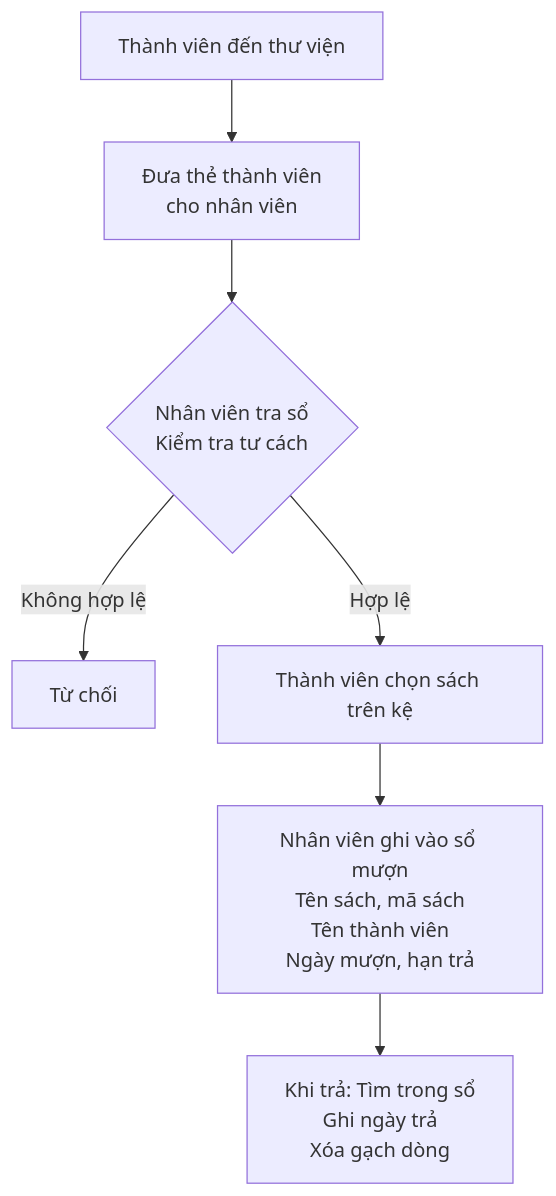
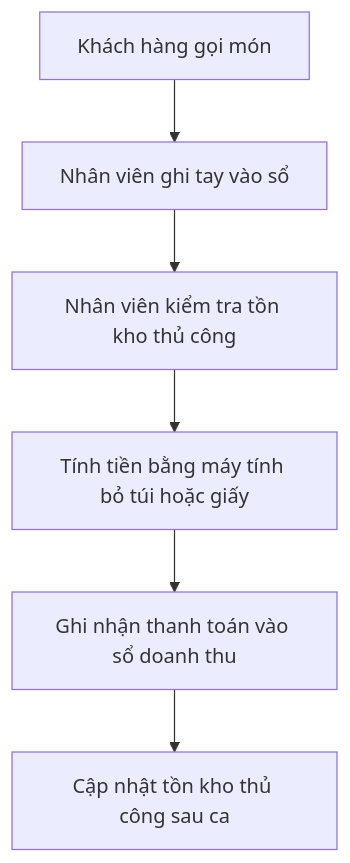
The second of 3 diagrams in docs/BRD-yeu-cau-nghiep-vu.md (NamHoang2003/stqa-library-manual-Hnam), drawn with Mermaid before and after one commit. The commit also changed other lines of this file, not shown here.

````diff
--- a/docs/BRD-yeu-cau-nghiep-vu.md
+++ b/docs/BRD-yeu-cau-nghiep-vu.md
@@ -83,9 +84,8 @@
 ```mermaid
 flowchart TD
-    A["Thành viên đến thư viện"] --> B["Đưa thẻ thành viên\ncho nhân viên"]
-    B --> C{"Nhân viên tra sổ\nKiểm tra tư cách"}
-    C -->|Không hợp lệ| D["Từ chối"]
-    C -->|Hợp lệ| E["Thành viên chọn sách trên kệ"]
-    E --> F["Nhân viên ghi vào sổ mượn\nTên sách, mã sách\nTên thành viên\nNgày mượn, hạn trả"]
-    F --> G["Khi trả: Tìm trong sổ\nGhi ngày trả\nXóa gạch dòng"]
+    A["Khách hàng gọi món"] --> B["Nhân viên ghi tay vào sổ"]
+    B --> C["Nhân viên kiểm tra tồn kho thủ công"]
+    C --> D["Tính tiền bằng máy tính bỏ túi hoặc giấy"]
+    D --> E["Ghi nhận thanh toán vào sổ doanh thu"]
+    E --> F["Cập nhật tồn kho thủ công sau ca"]
 ```
````
